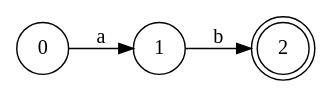
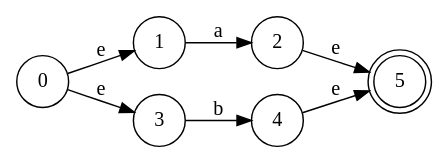
Before and after one commit to Paulinaczz/lycProyecto: the diagram in output/NFA.gv, drawn with Graphviz. The commit also changed 5 other files, not shown here.

```diff
--- a/output/NFA.gv
+++ b/output/NFA.gv
@@ -1,8 +1,12 @@
 // Diagrama NFA
 strict digraph {
 	rankdir=LR
 	node [shape=circle]
-	0 -> 1 [label=a]
-	1 -> 2 [label=b]
-	2 [shape=doublecircle]
+	0 -> 1 [label=e]
+	1 -> 2 [label=a]
+	0 -> 3 [label=e]
+	3 -> 4 [label=b]
+	2 -> 5 [label=e]
+	4 -> 5 [label=e]
+	5 [shape=doublecircle]
 }
```
